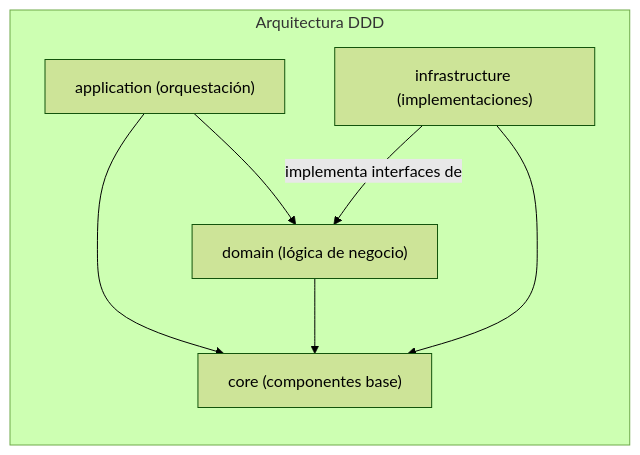
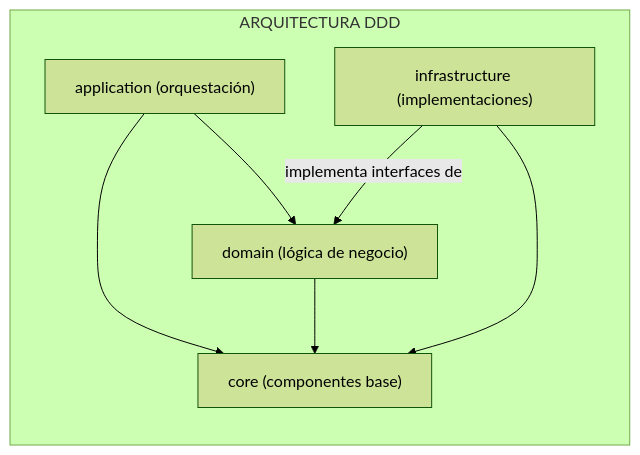
Before and after one commit to zarvent/voice2machine: the diagram in src/whisper_dictation/README.md, drawn with Mermaid (forest theme). The commit also changed other lines of this file and 38 other files, not shown here.

````diff
--- a/src/whisper_dictation/README.md
+++ b/src/whisper_dictation/README.md
@@ -20,16 +20,16 @@
 ```mermaid
 graph TD
-    subgraph "Arquitectura DDD"
+    subgraph "ARQUITECTURA DDD"
         direction TB
         application["application (orquestación)"]
         domain["domain (lógica de negocio)"]
         infrastructure["infrastructure (implementaciones)"]
         core["core (componentes base)"]
 
         application --> domain
         infrastructure -- implementa interfaces de --> domain
         application --> core
         domain --> core
         infrastructure --> core
     end
 ```
````
